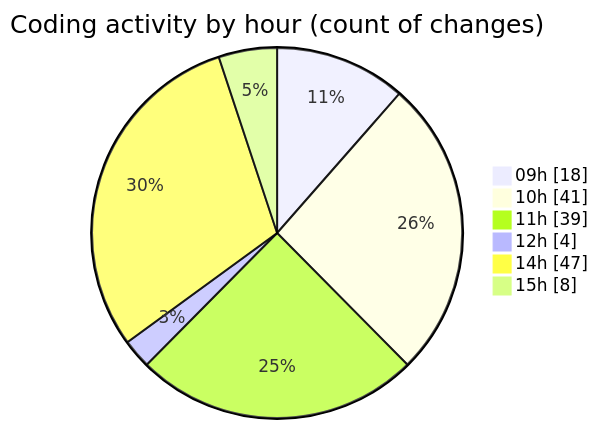
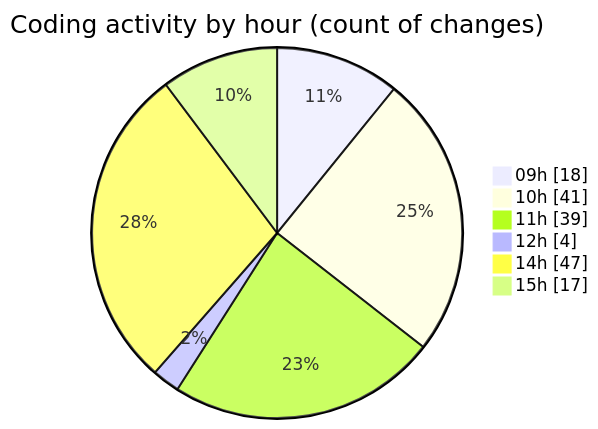
Before and after one commit to momahboobian/code-tracking: the second of 2 diagrams in 2025-02-11/cda/README.md, drawn with Mermaid. The commit also changed other lines of this file and 1 other file, not shown here.

````diff
--- a/2025-02-11/cda/README.md
+++ b/2025-02-11/cda/README.md
@@ -34,10 +34,10 @@
 ```mermaid
 pie showData
 title Coding activity by hour (count of changes)
 "09h" : 18
 "10h" : 41
 "11h" : 39
 "12h" : 4
 "14h" : 47
-"15h" : 8
+"15h" : 17
 ```
````
